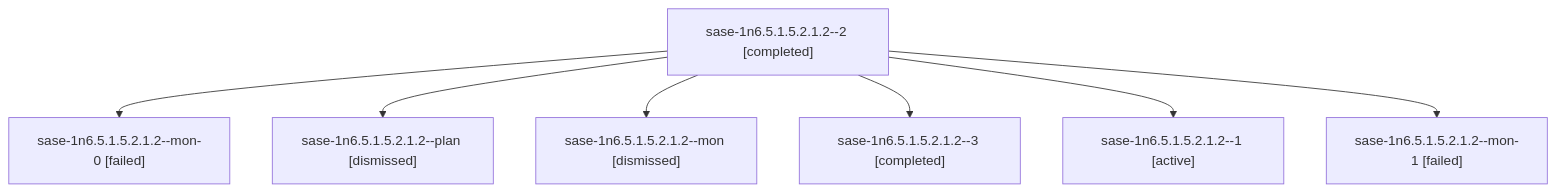
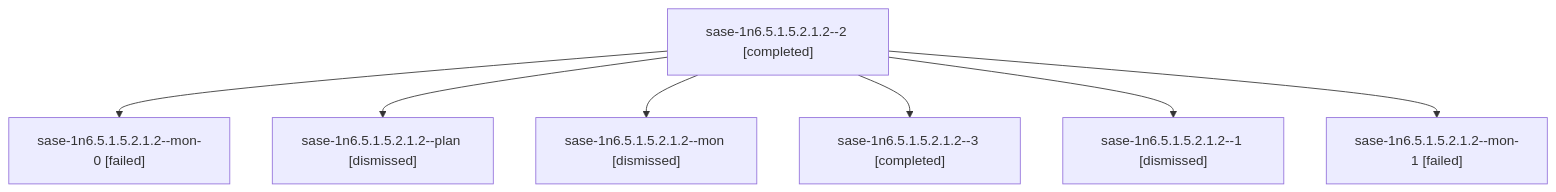
The diagram in sessions/bbugyi200.athena.sase-1n6.5.1.5.2.1.2.md (sase-org/sase--agents), drawn with Mermaid before and after one commit. The commit also changed other lines of this file and 347 other files, not shown here.

````diff
--- a/sessions/bbugyi200.athena.sase-1n6.5.1.5.2.1.2.md
+++ b/sessions/bbugyi200.athena.sase-1n6.5.1.5.2.1.2.md
@@ -9,16 +9,16 @@
 ```mermaid
 flowchart TD
   n0["sase-1n6.5.1.5.2.1.2--2 [completed]"]
   n1["sase-1n6.5.1.5.2.1.2--mon-0 [failed]"]
   n0 --> n1
   n2["sase-1n6.5.1.5.2.1.2--plan [dismissed]"]
   n0 --> n2
   n3["sase-1n6.5.1.5.2.1.2--mon [dismissed]"]
   n0 --> n3
   n4["sase-1n6.5.1.5.2.1.2--3 [completed]"]
   n0 --> n4
-  n5["sase-1n6.5.1.5.2.1.2--1 [active]"]
+  n5["sase-1n6.5.1.5.2.1.2--1 [dismissed]"]
   n0 --> n5
   n6["sase-1n6.5.1.5.2.1.2--mon-1 [failed]"]
   n0 --> n6
 ```
````
